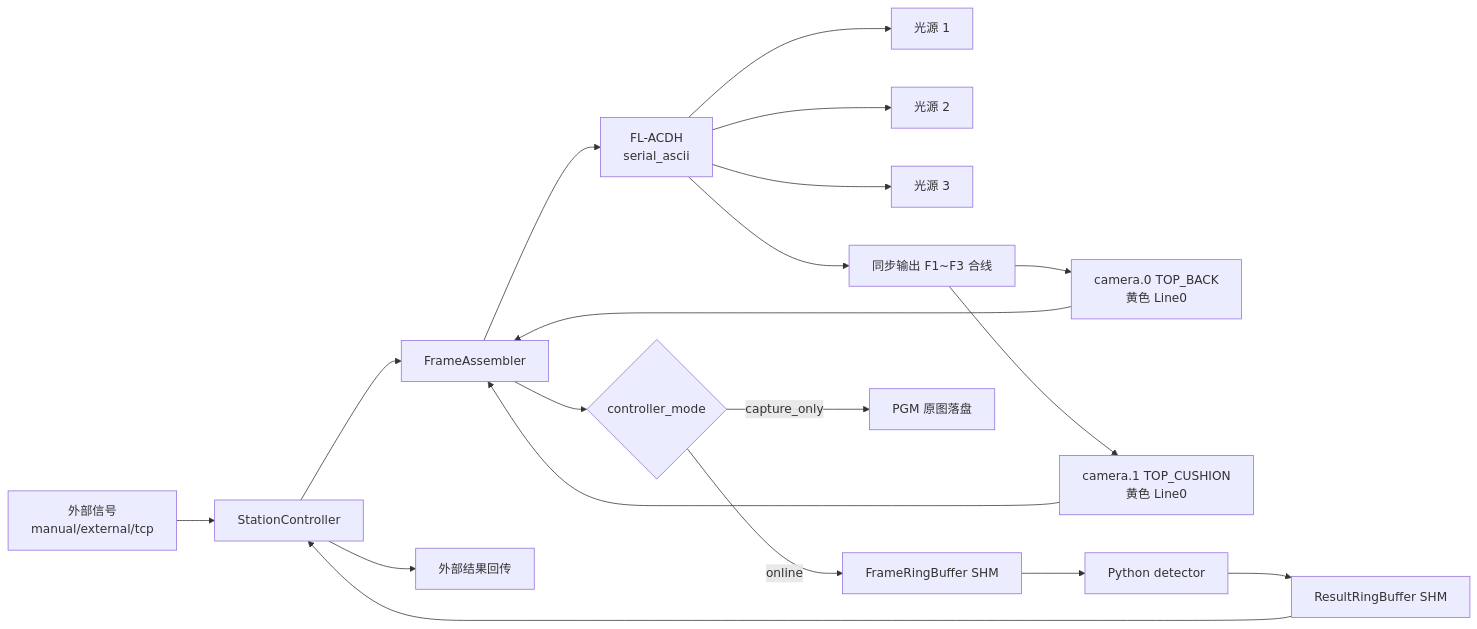
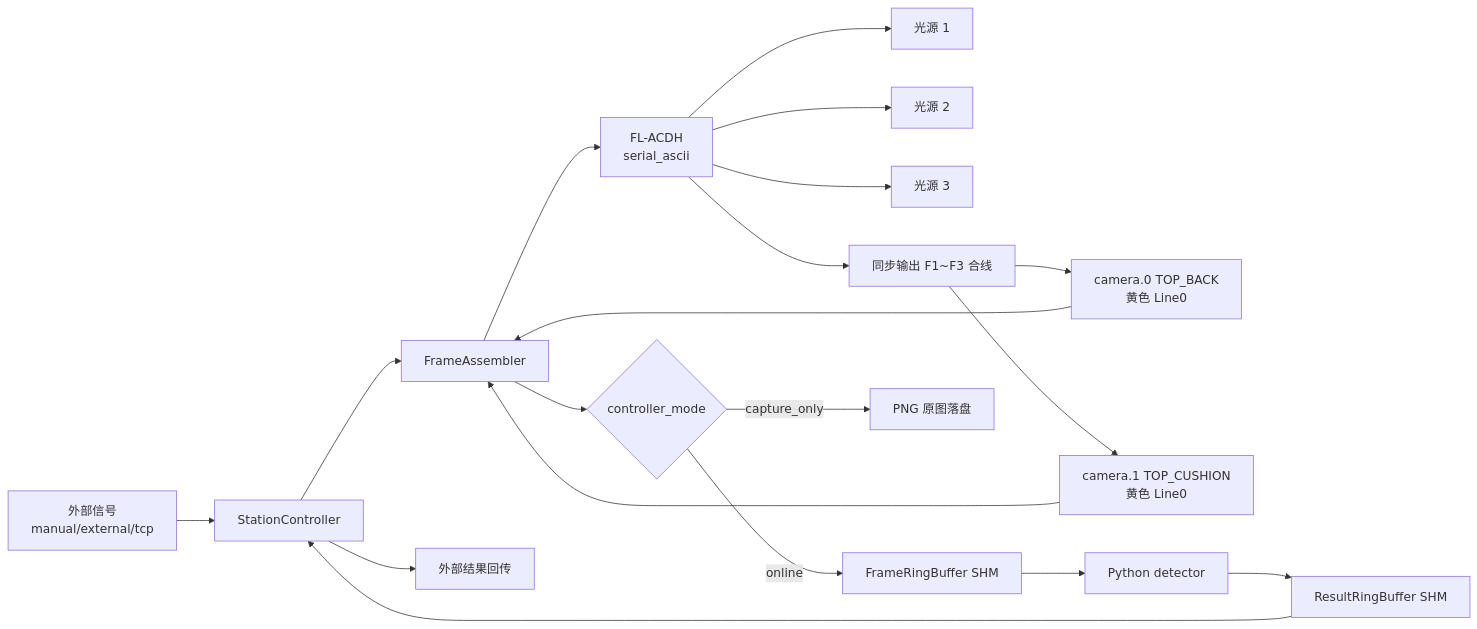
The diagram in cpp_controller/README.md (celien99/seat-surface-aoi), drawn with Mermaid before and after one commit. The commit also changed other lines of this file, not shown here.

````diff
--- a/cpp_controller/README.md
+++ b/cpp_controller/README.md
@@ -7,21 +7,21 @@
 ```mermaid
 flowchart LR
   Signal["外部信号\nmanual/external/tcp"] --> Station["StationController"]
   Station --> Assembler["FrameAssembler"]
   Assembler --> Strobe["FL-ACDH\nserial_ascii"]
   Strobe --> L1["光源 1"]
   Strobe --> L2["光源 2"]
   Strobe --> L3["光源 3"]
   Strobe --> F1["同步输出 F1~F3 合线"]
   F1 --> Cam0["camera.0 TOP_BACK\n黄色 Line0"]
   F1 --> Cam1["camera.1 TOP_CUSHION\n黄色 Line0"]
   Cam0 --> Assembler
   Cam1 --> Assembler
   Assembler --> Mode{"controller_mode"}
   Mode -->|online| FrameRing["FrameRingBuffer SHM"]
   FrameRing --> Py["Python detector"]
   Py --> ResultRing["ResultRingBuffer SHM"]
   ResultRing --> Station
-  Mode -->|capture_only| Images["PGM 原图落盘"]
+  Mode -->|capture_only| Images["PNG 原图落盘"]
   Station --> Output["外部结果回传"]
 ```
````
